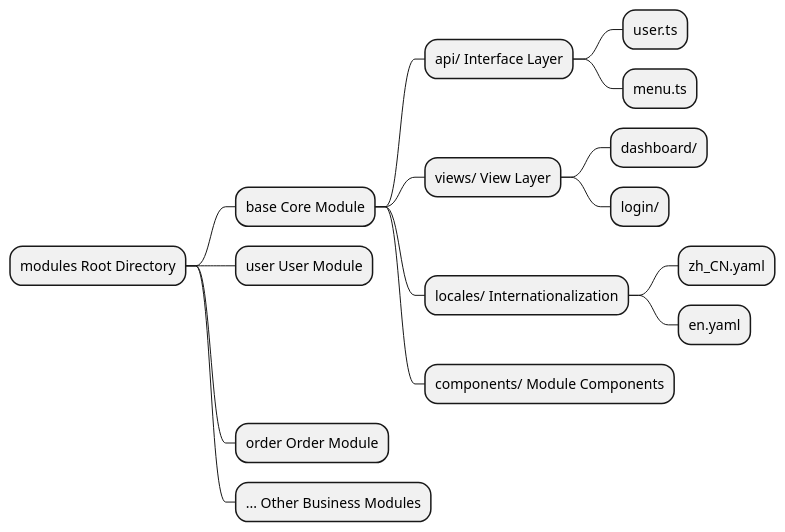
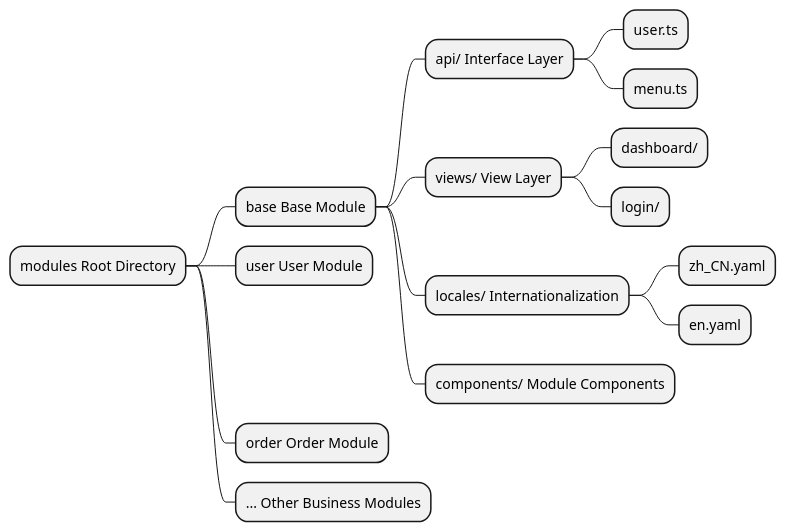
Before and after one commit to mineadmin/doc-v3: the second of 5 diagrams in docs/en/front/base/concept.md, drawn with PlantUML. The commit also changed other lines of this file and 225 other files, not shown here.

````diff
--- a/docs/en/front/base/concept.md
+++ b/docs/en/front/base/concept.md
@@ -79,19 +79,19 @@
 ```plantuml
 @startmindmap
 * modules Root Directory
-** base Core Module
+** base Base Module
 *** api/ Interface Layer
 **** user.ts
 **** menu.ts
 *** views/ View Layer
 **** dashboard/
 **** login/
 *** locales/ Internationalization
 **** zh_CN.yaml
 **** en.yaml
 *** components/ Module Components
 ** user User Module
 ** order Order Module
 ** ... Other Business Modules
 @endmindmap
 ```
````
